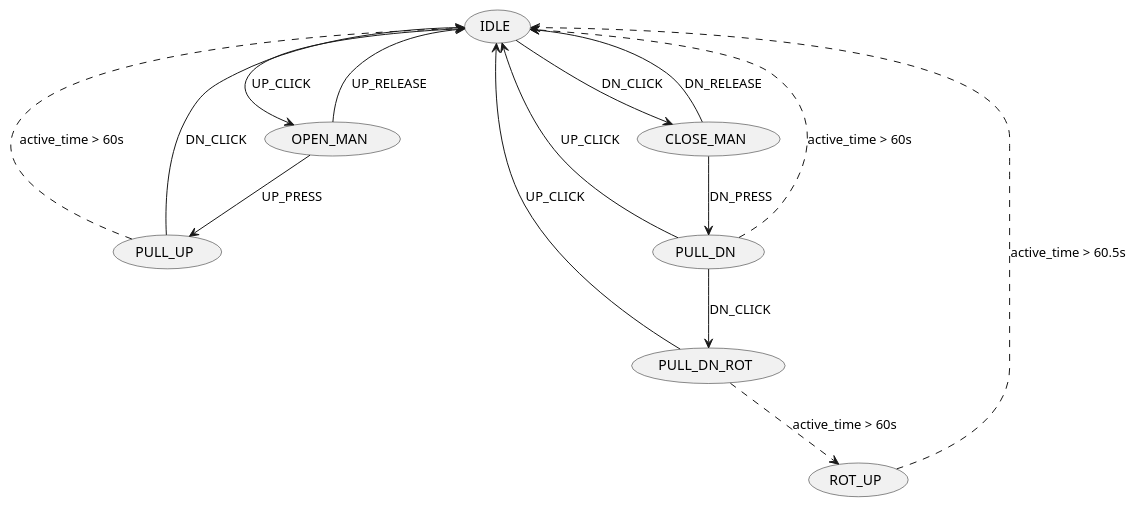
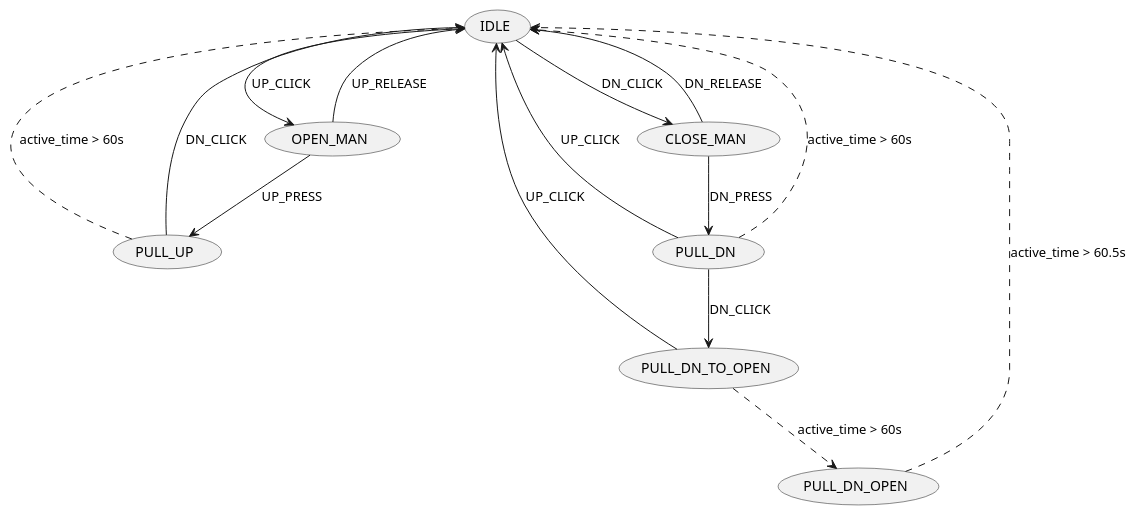
Before and after one commit to JosefJerabek/shuttercontrol: the second of 2 diagrams in README.md, drawn with PlantUML. The commit also changed 6 other files, not shown here.

````diff
--- a/README.md
+++ b/README.md
@@ -82,20 +82,20 @@
 ```plantuml
 @startuml
 (IDLE) --> (OPEN_MAN): UP_CLICK
 (OPEN_MAN) --> (IDLE): UP_RELEASE
 (OPEN_MAN) --> (PULL_UP): UP_PRESS
 (PULL_UP) ..> IDLE: active_time > 60s
 (PULL_UP) --> IDLE: DN_CLICK
 
 (IDLE) --> (CLOSE_MAN): DN_CLICK
 (CLOSE_MAN) --> (IDLE): DN_RELEASE
 (CLOSE_MAN) --> (PULL_DN): DN_PRESS
 (PULL_DN) ..> IDLE: active_time > 60s
 (PULL_DN) --> IDLE: UP_CLICK
 
-(PULL_DN) --> (PULL_DN_ROT): DN_CLICK
-(PULL_DN_ROT) ..> (ROT_UP): active_time > 60s
-(PULL_DN_ROT) --> IDLE: UP_CLICK
-(ROT_UP) ..> (IDLE): active_time > 60.5s 
+(PULL_DN) --> (PULL_DN_TO_OPEN): DN_CLICK
+(PULL_DN_TO_OPEN) ..> (PULL_DN_OPEN): active_time > 60s
+(PULL_DN_TO_OPEN) --> IDLE: UP_CLICK
+(PULL_DN_OPEN) ..> (IDLE): active_time > 60.5s 
 @enduml
 ```
````
